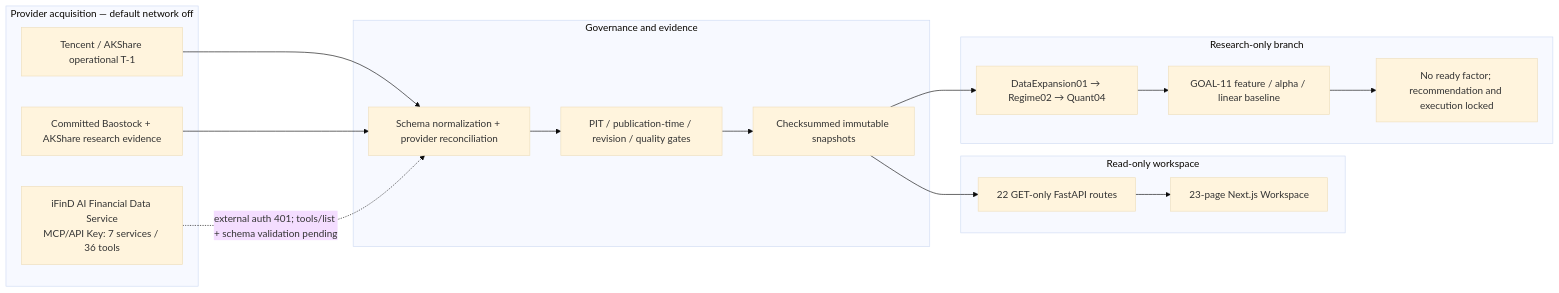
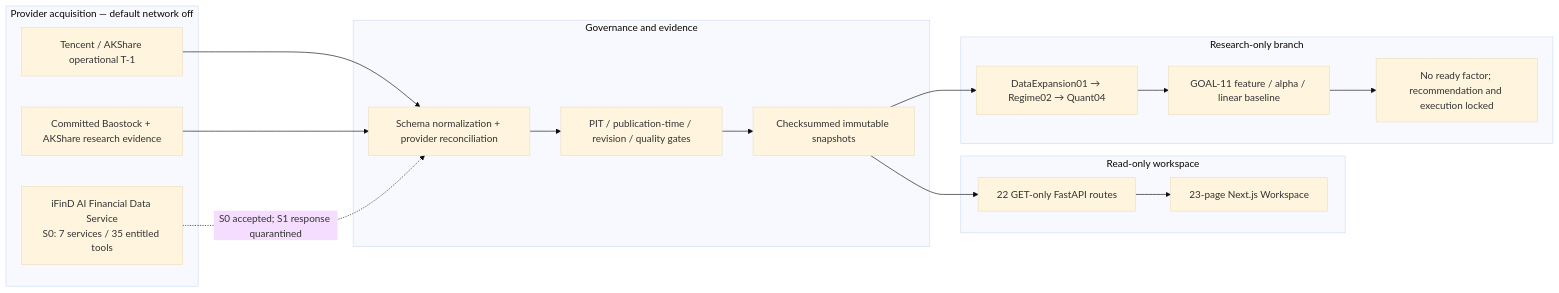
Before and after one commit to RyanLu0203/A_share_premarket_core: the first of 4 diagrams in README.md, drawn with Mermaid (base theme). The commit also changed other lines of this file and 23 other files, not shown here.

````diff
--- a/README.md
+++ b/README.md
@@ -30,28 +27,28 @@
 ```mermaid
 flowchart LR
     subgraph P["Provider acquisition — default network off"]
         T["Tencent / AKShare operational T-1"]
         C["Committed Baostock + AKShare research evidence"]
-        I["iFinD AI Financial Data Service\nMCP/API Key: 7 services / 36 tools"]
+        I["iFinD AI Financial Data Service\nS0: 7 services / 35 entitled tools"]
     end
     subgraph G["Governance and evidence"]
         N["Schema normalization + provider reconciliation"]
         Q["PIT / publication-time / revision / quality gates"]
         S["Checksummed immutable snapshots"]
     end
     subgraph W["Read-only workspace"]
         A["22 GET-only FastAPI routes"]
         U["23-page Next.js Workspace"]
     end
     subgraph R["Research-only branch"]
         D["DataExpansion01 → Regime02 → Quant04"]
         G11["GOAL-11 feature / alpha / linear baseline"]
         L["No ready factor; recommendation and execution locked"]
     end
 
     T --> N
     C --> N
-    I -. "external auth 401; tools/list + schema validation pending" .-> N
+    I -. "S0 accepted; S1 response quarantined" .-> N
     N --> Q --> S --> A --> U
     S --> D --> G11 --> L
 ```
````
